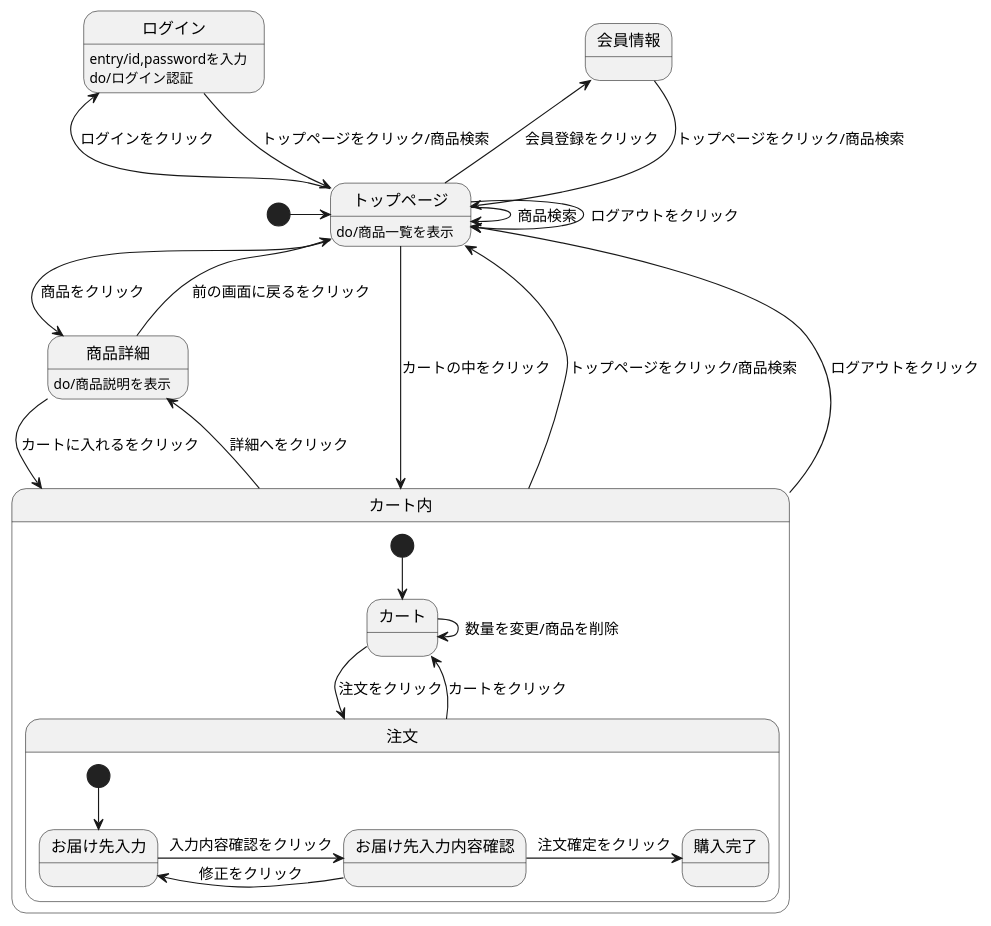
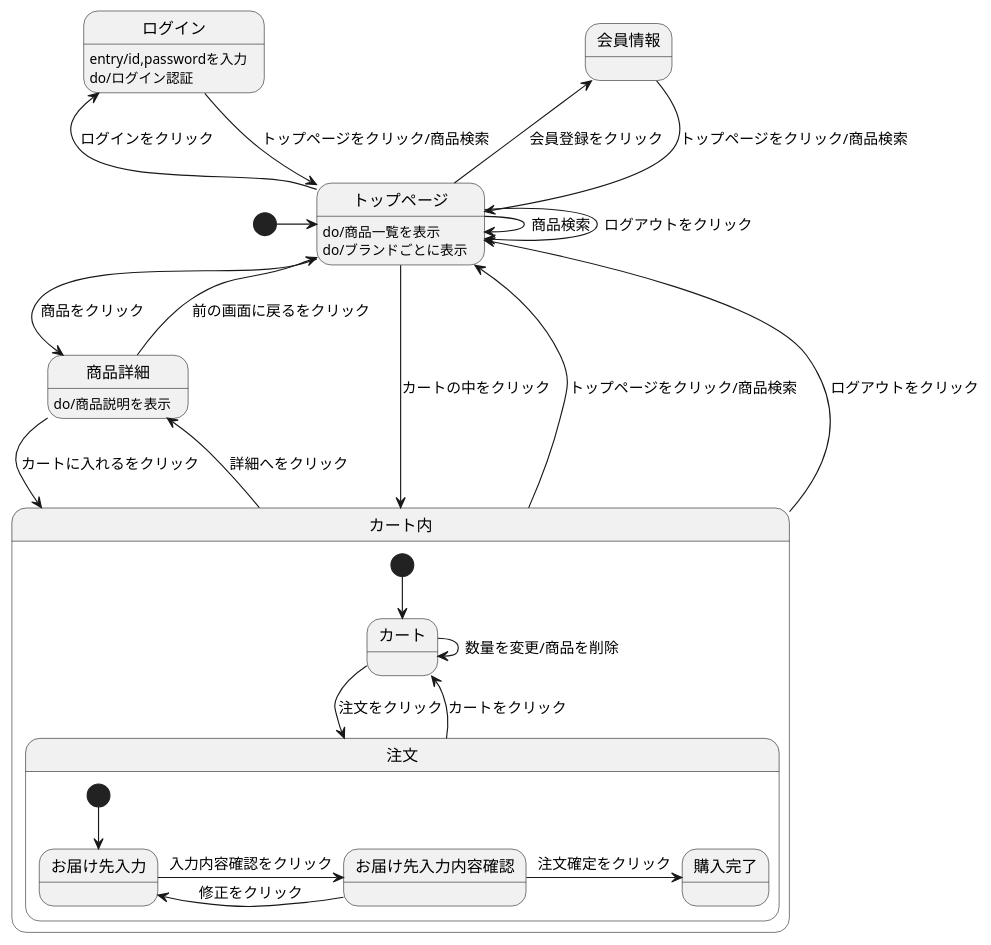
Before and after one commit to Aso2001170/2021sys-design: the diagram in stm01.md, drawn with PlantUML.

````diff
--- a/stm01.md
+++ b/stm01.md
@@ -1,35 +1,36 @@
 ```uml
 @startuml
 [*] -> トップページ
 会員情報 --> トップページ : トップページをクリック/商品検索
 ログイン --> トップページ : トップページをクリック/商品検索
 ログイン : entry/id,passwordを入力
 ログイン : do/ログイン認証
 トップページ --> トップページ : ログアウトをクリック
 トップページ -> トップページ : 商品検索
 トップページ -> 商品詳細 : 商品をクリック
 トップページ -left-> 会員情報 : 会員登録をクリック
 トップページ -left-> ログイン : ログインをクリック
 トップページ --> カート内 : カートの中をクリック
 トップページ : do/商品一覧を表示
+トップページ : do/ブランドごとに表示
 商品詳細 --> カート内 : カートに入れるをクリック
 商品詳細 --> トップページ : 前の画面に戻るをクリック
 商品詳細 : do/商品説明を表示
 カート内 -up-> トップページ : トップページをクリック/商品検索
 カート内 -up-> トップページ : ログアウトをクリック
 カート内 -> 商品詳細 : 詳細へをクリック
 
 state カート内 {
  [*] --> カート
  カート -> 注文 : 注文をクリック
  カート -> カート : 数量を変更/商品を削除
  注文 --> カート : カートをクリック
  state 注文 {
   [*] --> お届け先入力
   お届け先入力 -> お届け先入力内容確認 : 入力内容確認をクリック
   お届け先入力内容確認 -> お届け先入力 : 修正をクリック
   お届け先入力内容確認 -> 購入完了 : 注文確定をクリック
   }
  }
 @enduml
 ```
````
